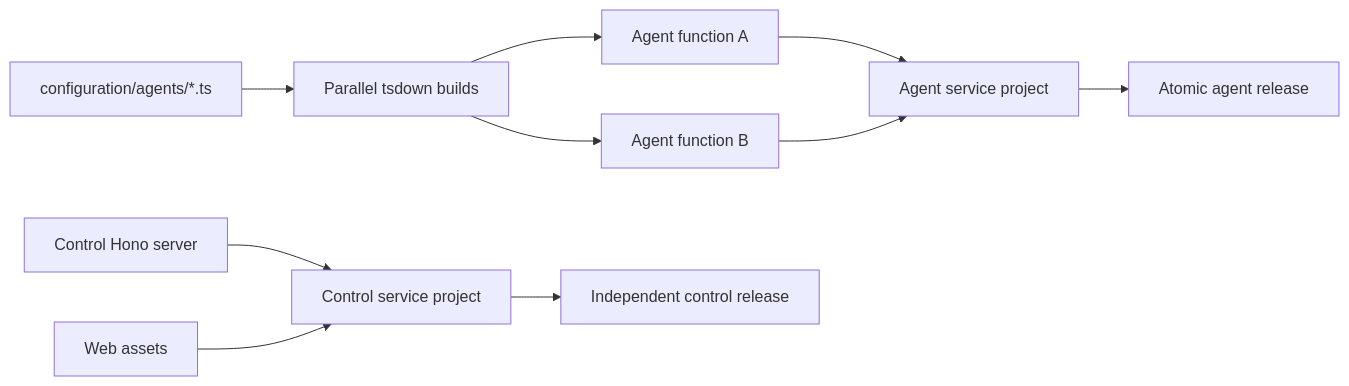
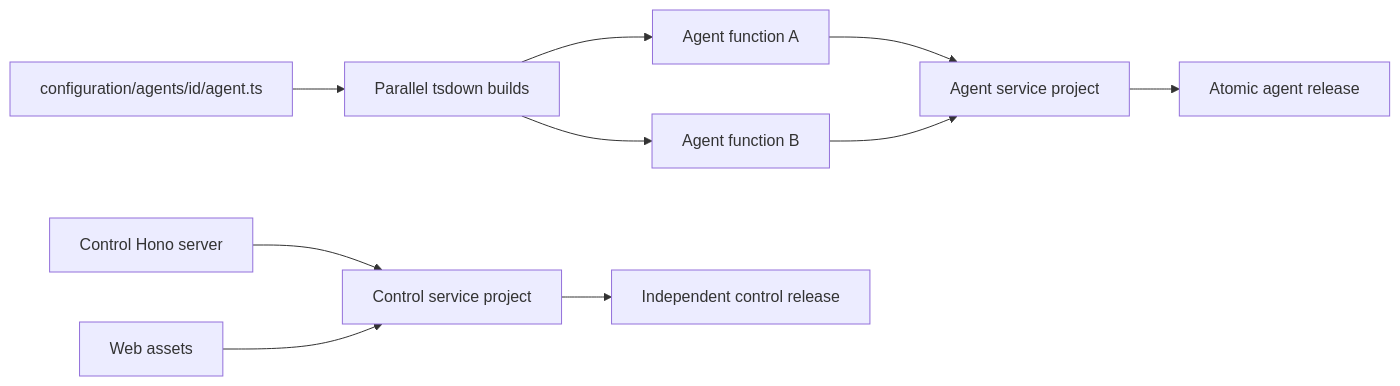
One commit to trytilde/dispatch changed the diagram in docs/adrs/0008-split-control-and-agent-service-artifacts.md. Above: the diagram before and after it, drawn with Mermaid. The commit also changed other lines of this file and 168 other files, not shown here.

````diff
--- a/docs/adrs/0008-split-control-and-agent-service-artifacts.md
+++ b/docs/adrs/0008-split-control-and-agent-service-artifacts.md
@@ -32,12 +32,12 @@
 ```mermaid
 flowchart LR
-  C["configuration/agents/*.ts"] --> B["Parallel tsdown builds"]
+  C["configuration/agents/id/agent.ts"] --> B["Parallel tsdown builds"]
   B --> A1["Agent function A"]
   B --> A2["Agent function B"]
   A1 --> AP["Agent service project"]
   A2 --> AP
   S["Control Hono server"] --> CP["Control service project"]
   W["Web assets"] --> CP
   AP --> D["Atomic agent release"]
   CP --> E["Independent control release"]
 ```
````
